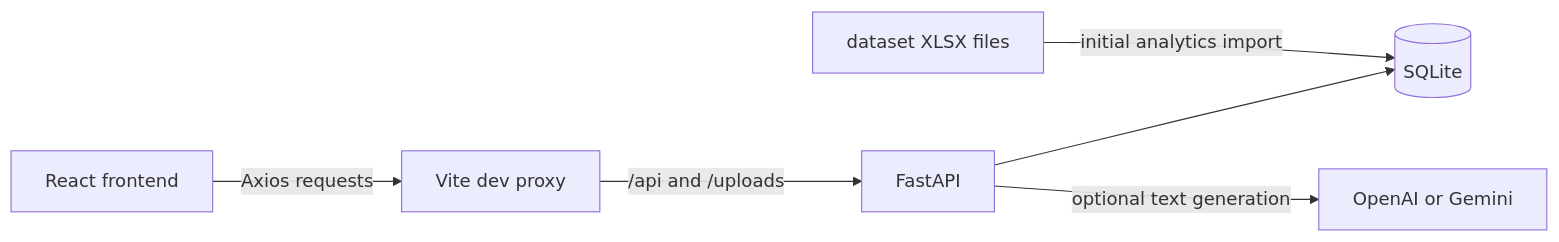
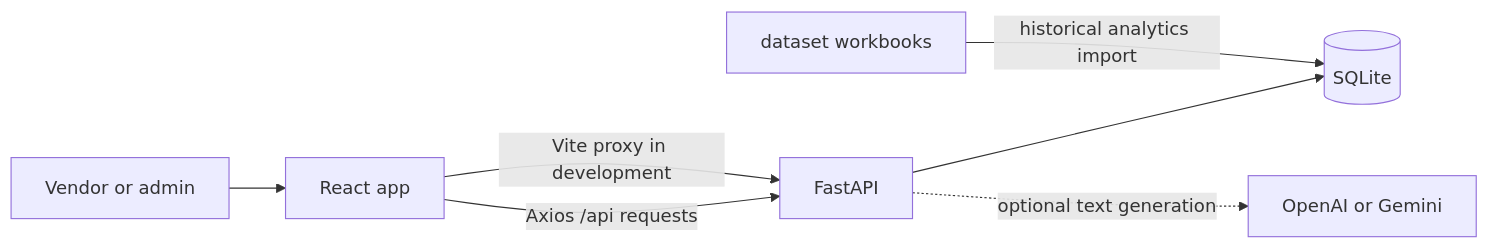
Before and after one commit to amulya-munugoti/shopsense: the diagram in README.md, drawn with Mermaid. The commit also changed other lines of this file, not shown here.

````diff
--- a/README.md
+++ b/README.md
@@ -71,8 +55,9 @@
 ```mermaid
 flowchart LR
-    Browser[React frontend] -->|Axios requests| Vite[Vite dev proxy]
-    Vite -->|/api and /uploads| API[FastAPI]
+    User[Vendor or admin] --> Web[React app]
+    Web -->|Axios /api requests| API[FastAPI]
+    Web -->|Vite proxy in development| API
     API --> DB[(SQLite)]
-    Workbooks[dataset XLSX files] -->|initial analytics import| DB
-    API -->|optional text generation| Provider[OpenAI or Gemini]
+    Files[dataset workbooks] -->|historical analytics import| DB
+    API -. optional text generation .-> LLM[OpenAI or Gemini]
 ```
````
